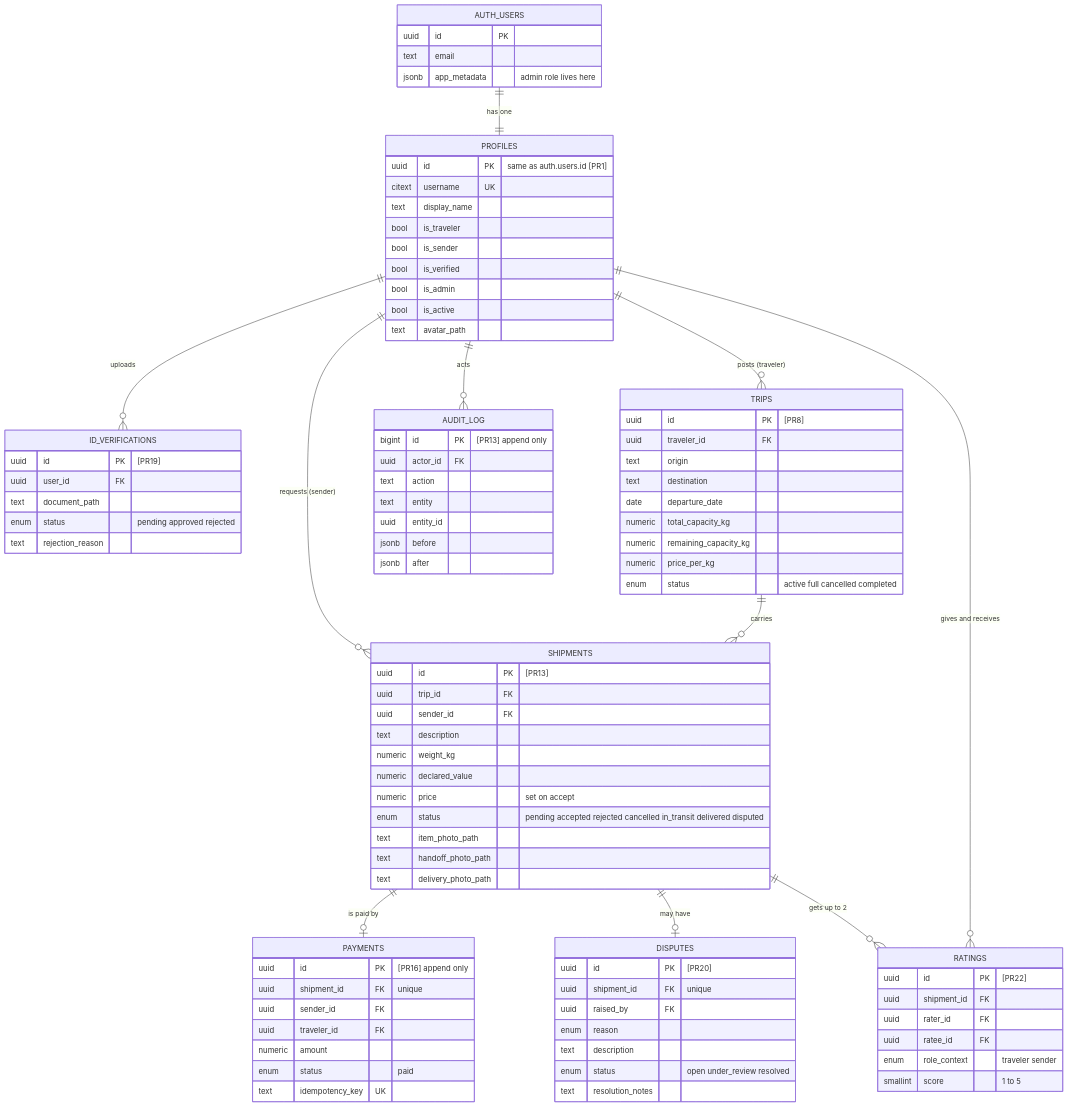
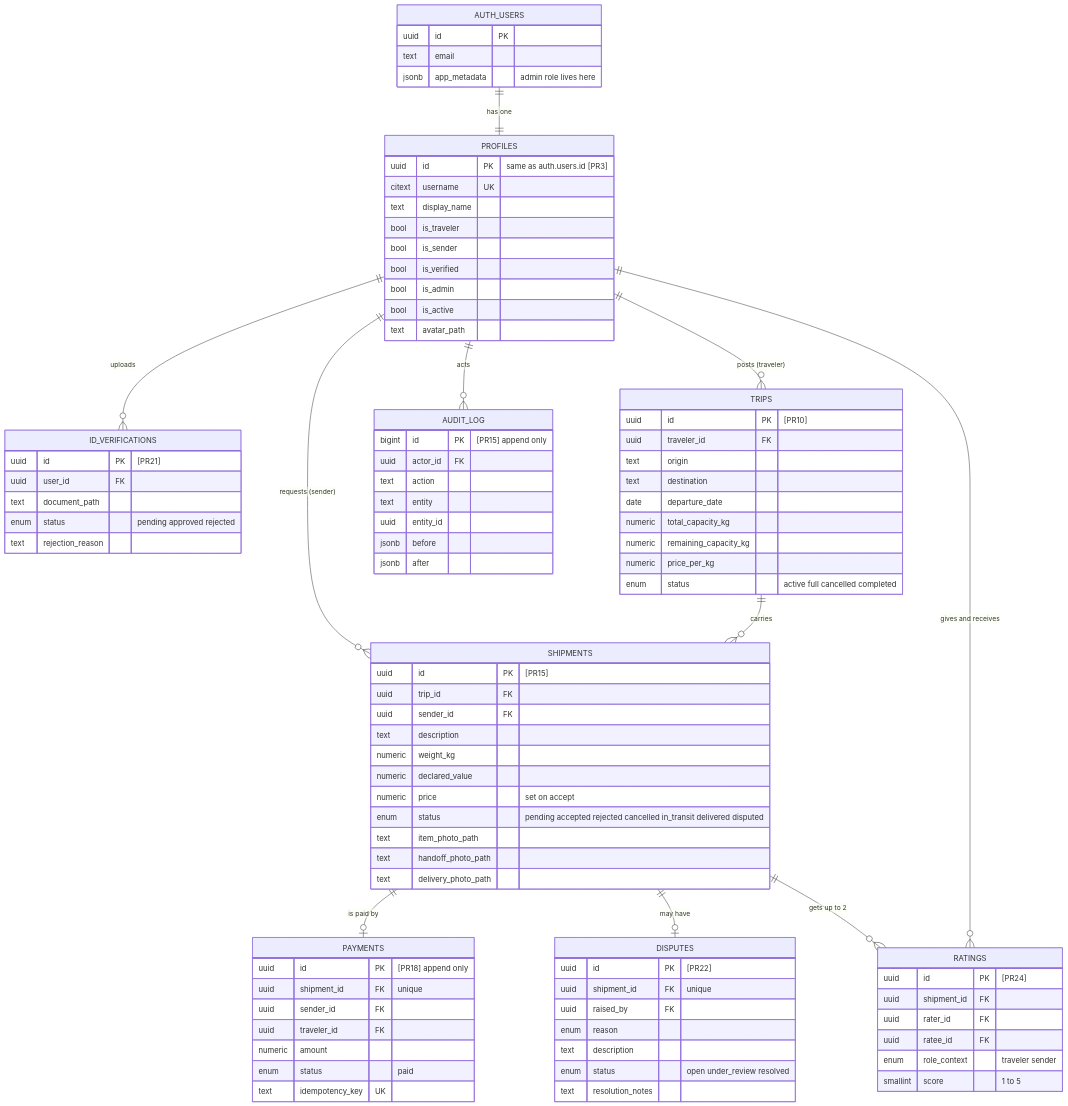
Before and after one commit to Abubakar-Zahir/cargoshare: the first of 4 diagrams in docs/ROADMAP.md, drawn with Mermaid. The commit also changed other lines of this file and 2 other files, not shown here.

First line of the commit message:
docs: renumber roadmap and update working rules

```diff
--- a/docs/ROADMAP.md
+++ b/docs/ROADMAP.md
@@ -52,7 +52,7 @@
         jsonb app_metadata "admin role lives here"
     }
     PROFILES {
-        uuid id PK "same as auth.users.id [PR1]"
+        uuid id PK "same as auth.users.id [PR3]"
         citext username UK
         text display_name
         bool is_traveler
@@ -63,14 +63,14 @@
         text avatar_path
     }
     ID_VERIFICATIONS {
-        uuid id PK "[PR19]"
+        uuid id PK "[PR21]"
         uuid user_id FK
         text document_path
         enum status "pending approved rejected"
         text rejection_reason
     }
     TRIPS {
-        uuid id PK "[PR8]"
+        uuid id PK "[PR10]"
         uuid traveler_id FK
         text origin
         text destination
@@ -81,7 +81,7 @@
         enum status "active full cancelled completed"
     }
     SHIPMENTS {
-        uuid id PK "[PR13]"
+        uuid id PK "[PR15]"
         uuid trip_id FK
         uuid sender_id FK
         text description
@@ -94,7 +94,7 @@
         text delivery_photo_path
     }
     PAYMENTS {
-        uuid id PK "[PR16] append only"
+        uuid id PK "[PR18] append only"
         uuid shipment_id FK "unique"
         uuid sender_id FK
         uuid traveler_id FK
@@ -103,7 +103,7 @@
         text idempotency_key UK
     }
     DISPUTES {
-        uuid id PK "[PR20]"
+        uuid id PK "[PR22]"
         uuid shipment_id FK "unique"
         uuid raised_by FK
         enum reason
@@ -112,7 +112,7 @@
         text resolution_notes
     }
     RATINGS {
-        uuid id PK "[PR22]"
+        uuid id PK "[PR24]"
         uuid shipment_id FK
         uuid rater_id FK
         uuid ratee_id FK
@@ -120,7 +120,7 @@
         smallint score "1 to 5"
     }
     AUDIT_LOG {
-        bigint id PK "[PR13] append only"
+        bigint id PK "[PR15] append only"
         uuid actor_id FK
         text action
         text entity
```
